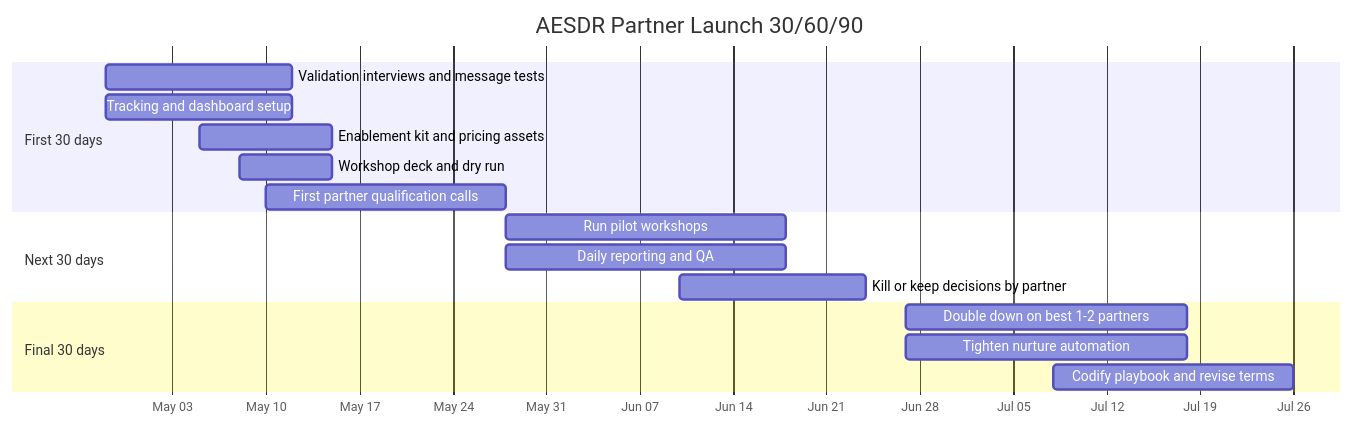
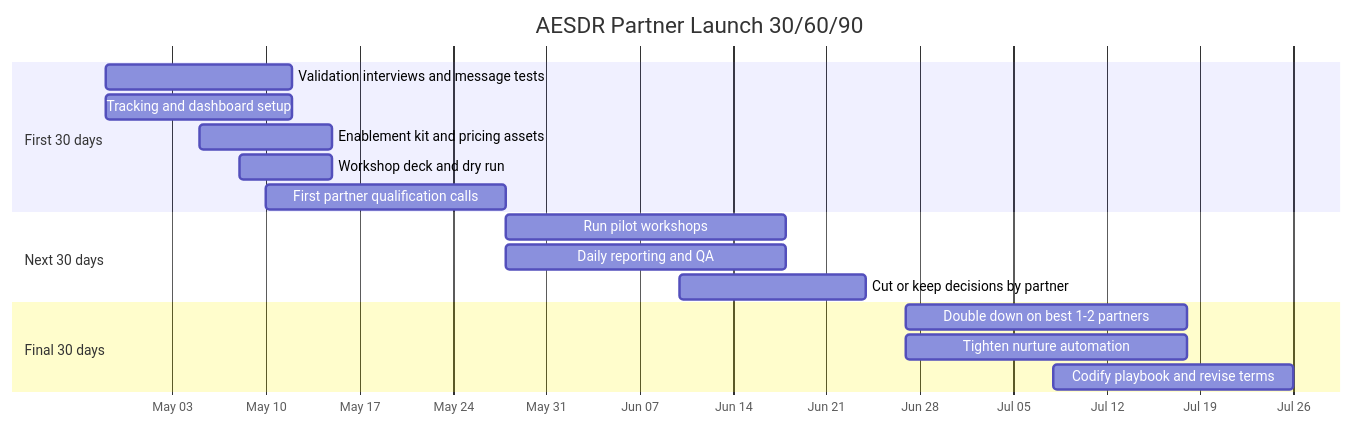
One commit to FastCoempany/aesdr changed the second of 2 diagrams in affiliate-seeding-deep-research-report.md. Above: the diagram before and after it, drawn with Mermaid. The commit also changed other lines of this file and 4 other files, not shown here.

````diff
--- a/affiliate-seeding-deep-research-report.md
+++ b/affiliate-seeding-deep-research-report.md
@@ -206,23 +206,23 @@
 ```mermaid
 gantt
     title AESDR Partner Launch 30/60/90
     dateFormat  YYYY-MM-DD
     axisFormat  %b %d
 
     section First 30 days
     Validation interviews and message tests      :a1, 2026-04-28, 14d
     Tracking and dashboard setup                 :a2, 2026-04-28, 14d
     Enablement kit and pricing assets            :a3, 2026-05-05, 10d
     Workshop deck and dry run                    :a4, 2026-05-08, 7d
     First partner qualification calls            :a5, 2026-05-10, 18d
 
     section Next 30 days
     Run pilot workshops                          :b1, 2026-05-28, 21d
     Daily reporting and QA                       :b2, 2026-05-28, 21d
-    Kill or keep decisions by partner            :b3, 2026-06-10, 14d
+    Cut or keep decisions by partner            :b3, 2026-06-10, 14d
 
     section Final 30 days
     Double down on best 1-2 partners             :c1, 2026-06-27, 21d
     Tighten nurture automation                   :c2, 2026-06-27, 21d
     Codify playbook and revise terms             :c3, 2026-07-08, 18d
 ```
````
